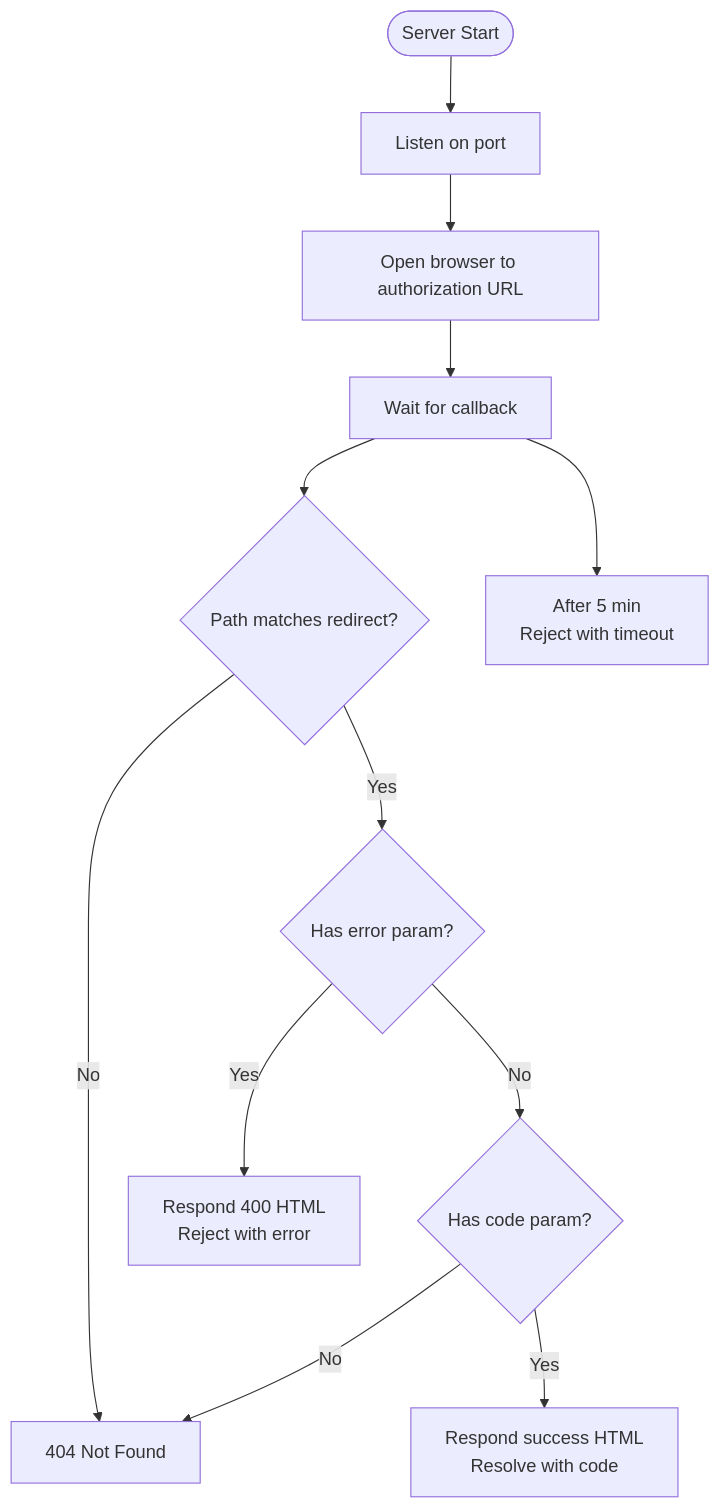
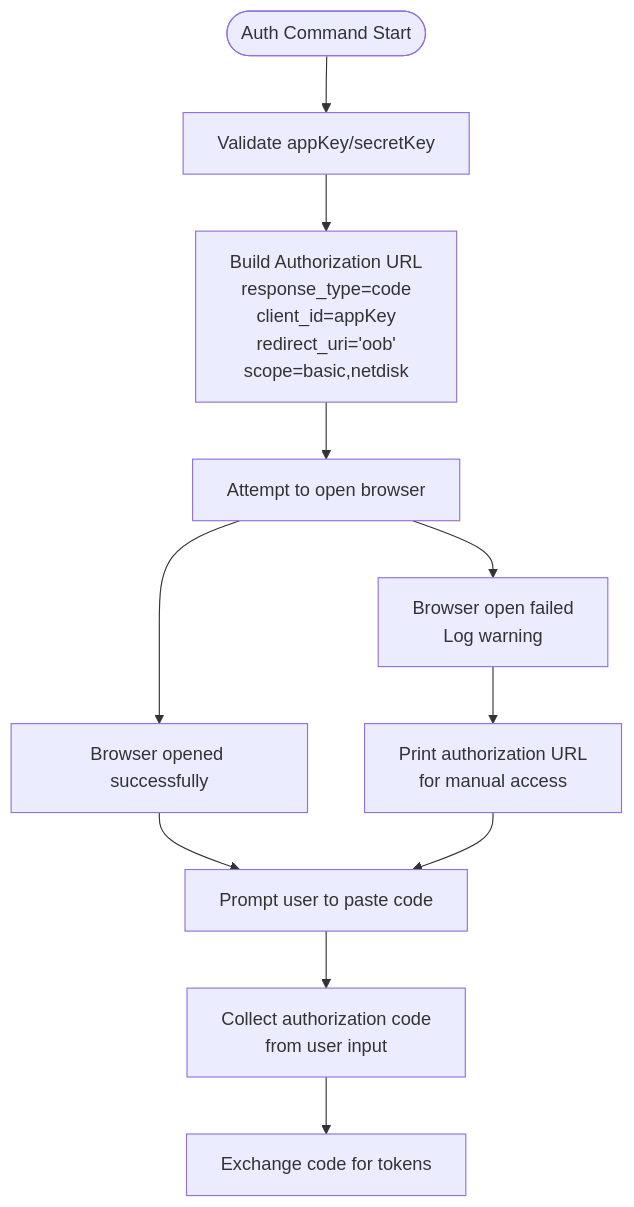
The third of 6 diagrams in .qoder/repowiki/en/content/Command Reference/Auth Command.md (yuexiaoliang/baiduwangpan-manager), drawn with Mermaid before and after one commit. The commit also changed other lines of this file and 30 other files, not shown here.

````diff
--- a/.qoder/repowiki/en/content/Command Reference/Auth Command.md
+++ b/.qoder/repowiki/en/content/Command Reference/Auth Command.md
@@ -156,14 +171,13 @@
 ```mermaid
 flowchart TD
-Start(["Server Start"]) --> Listen["Listen on port"]
-Listen --> OpenAuth["Open browser to authorization URL"]
-OpenAuth --> Wait["Wait for callback"]
-Wait --> PathMatch{"Path matches redirect?"}
-PathMatch --> |No| NotFound["404 Not Found"]
-PathMatch --> |Yes| HasError{"Has error param?"}
-HasError --> |Yes| Fail["Respond 400 HTML<br/>Reject with error"]
-HasError --> |No| HasCode{"Has code param?"}
-HasCode --> |No| NotFound
-HasCode --> |Yes| Success["Respond success HTML<br/>Resolve with code"]
-Wait --> Timeout["After 5 min<br/>Reject with timeout"]
+Start(["Auth Command Start"]) --> Validate["Validate appKey/secretKey"]
+Validate --> BuildURL["Build Authorization URL<br/>response_type=code<br/>client_id=appKey<br/>redirect_uri='oob'<br/>scope=basic,netdisk"]
+BuildURL --> OpenBrowser["Attempt to open browser"]
+OpenBrowser --> Success["Browser opened successfully"]
+OpenBrowser --> Fail["Browser open failed<br/>Log warning"]
+Fail --> Manual["Print authorization URL<br/>for manual access"]
+Success --> Prompt["Prompt user to paste code"]
+Manual --> Prompt
+Prompt --> CollectCode["Collect authorization code<br/>from user input"]
+CollectCode --> Exchange["Exchange code for tokens"]
 ```
````
